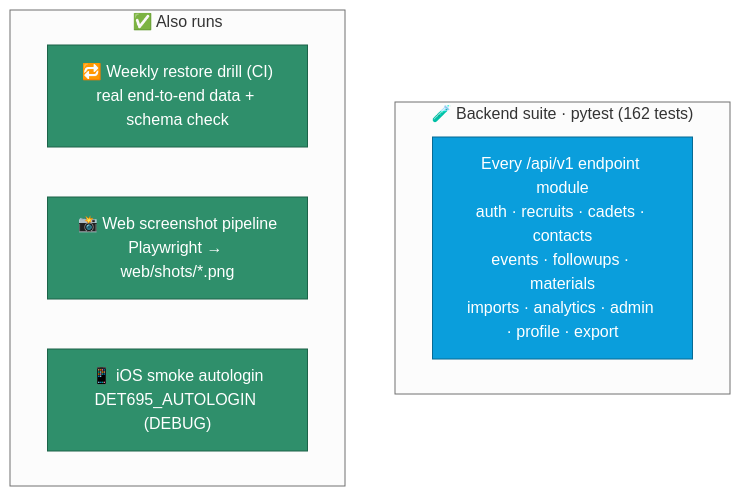
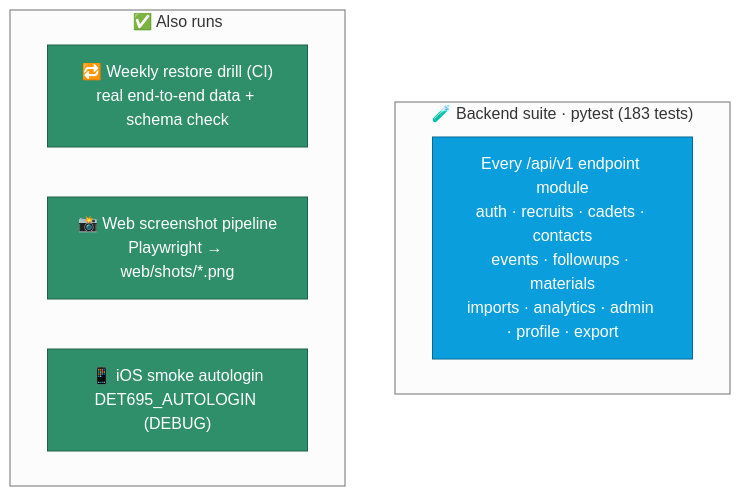
The diagram in wiki/Testing.md (drewdog88/afrotc-native-ios), drawn with Mermaid (neutral theme) before and after one commit. The commit also changed other lines of this file and 3 other files, not shown here.

````diff
--- a/wiki/Testing.md
+++ b/wiki/Testing.md
@@ -15,16 +15,16 @@
 ```mermaid
 flowchart TD
-    subgraph api["🧪 Backend suite · pytest (162 tests)"]
+    subgraph api["🧪 Backend suite · pytest (183 tests)"]
         UNIT["Every /api/v1 endpoint module<br>auth · recruits · cadets · contacts<br>events · followups · materials<br>imports · analytics · admin · profile · export"]
     end
     subgraph now["✅ Also runs"]
         DRILL["🔁 Weekly restore drill (CI)<br>real end-to-end data + schema check"]
         SHOTS["📸 Web screenshot pipeline<br>Playwright → web/shots/*.png"]
         SMOKE["📱 iOS smoke autologin<br>DET695_AUTOLOGIN (DEBUG)"]
     end
 
     classDef ok fill:#2f8f6b,stroke:#1c6349,color:#ffffff
     classDef test fill:#0A9EDC,stroke:#076a94,color:#ffffff
     class UNIT test
     class DRILL,SHOTS,SMOKE ok
 ```
````
